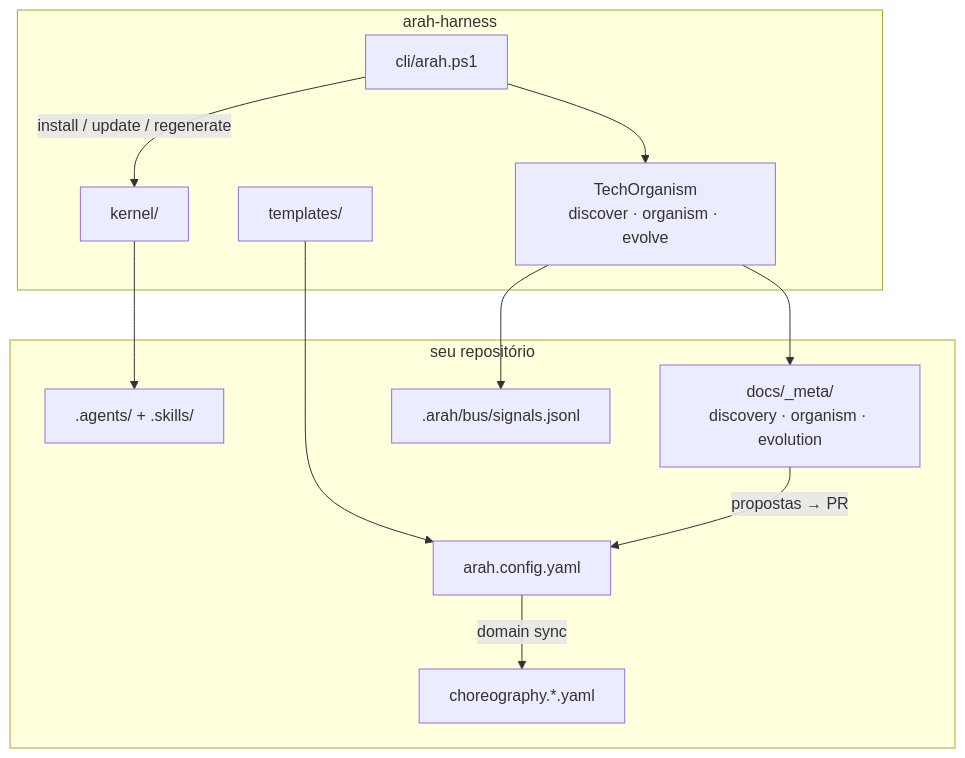
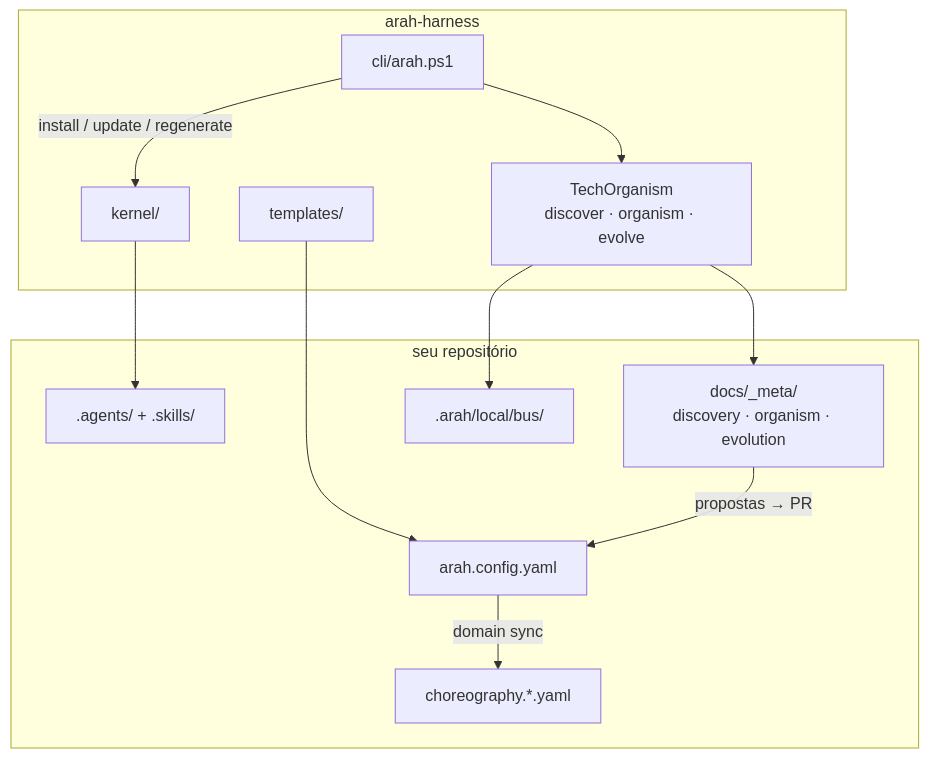
The diagram in README.md (sraphaz/arah-harness), drawn with Mermaid before and after one commit. The commit also changed other lines of this file and 140 other files, not shown here.

````diff
--- a/README.md
+++ b/README.md
@@ -105,24 +105,24 @@
 ```mermaid
 flowchart TB
   subgraph harness["arah-harness"]
     CLI["cli/arah.ps1"]
     KERNEL["kernel/"]
     TPL["templates/"]
     TO["TechOrganism<br/>discover · organism · evolve"]
   end
   subgraph target["seu repositório"]
     CFG["arah.config.yaml"]
     AGENTS[".agents/ + .skills/"]
     META["docs/_meta/<br/>discovery · organism · evolution"]
-    BUS[".arah/bus/signals.jsonl"]
+    BUS[".arah/local/bus/"]
     OVERLAY["choreography.*.yaml"]
   end
   CLI -->|install / update / regenerate| KERNEL
   CLI --> TO
   KERNEL --> AGENTS
   TPL --> CFG
   TO --> META
   TO --> BUS
   CFG -->|domain sync| OVERLAY
   META -->|propostas → PR| CFG
 ```
````
